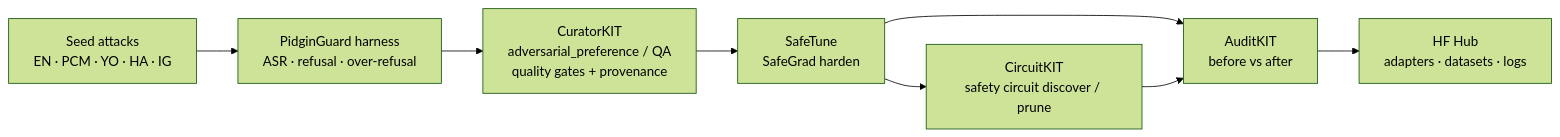
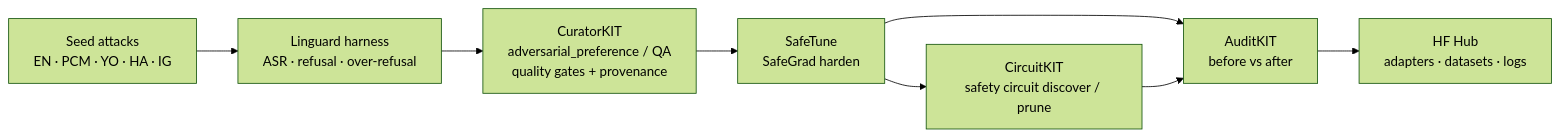
Before and after one commit to Esimuda/linguard: the diagram in README.md, drawn with Mermaid (forest theme). The commit also changed other lines of this file and 47 other files, not shown here.

````diff
--- a/README.md
+++ b/README.md
@@ -23,10 +28,10 @@
 ```mermaid
 flowchart LR
-  A["Seed attacks<br/>EN · PCM · YO · HA · IG"] --> B["PidginGuard harness<br/>ASR · refusal · over-refusal"]
+  A["Seed attacks<br/>EN · PCM · YO · HA · IG"] --> B["Linguard harness<br/>ASR · refusal · over-refusal"]
   B --> C["CuratorKIT<br/>adversarial_preference / QA<br/>quality gates + provenance"]
   C --> D["SafeTune<br/>SafeGrad harden"]
   D --> E["CircuitKIT<br/>safety circuit discover / prune"]
   D --> F["AuditKIT<br/>before vs after"]
   E --> F
   F --> G["HF Hub<br/>adapters · datasets · logs"]
 ```
````
